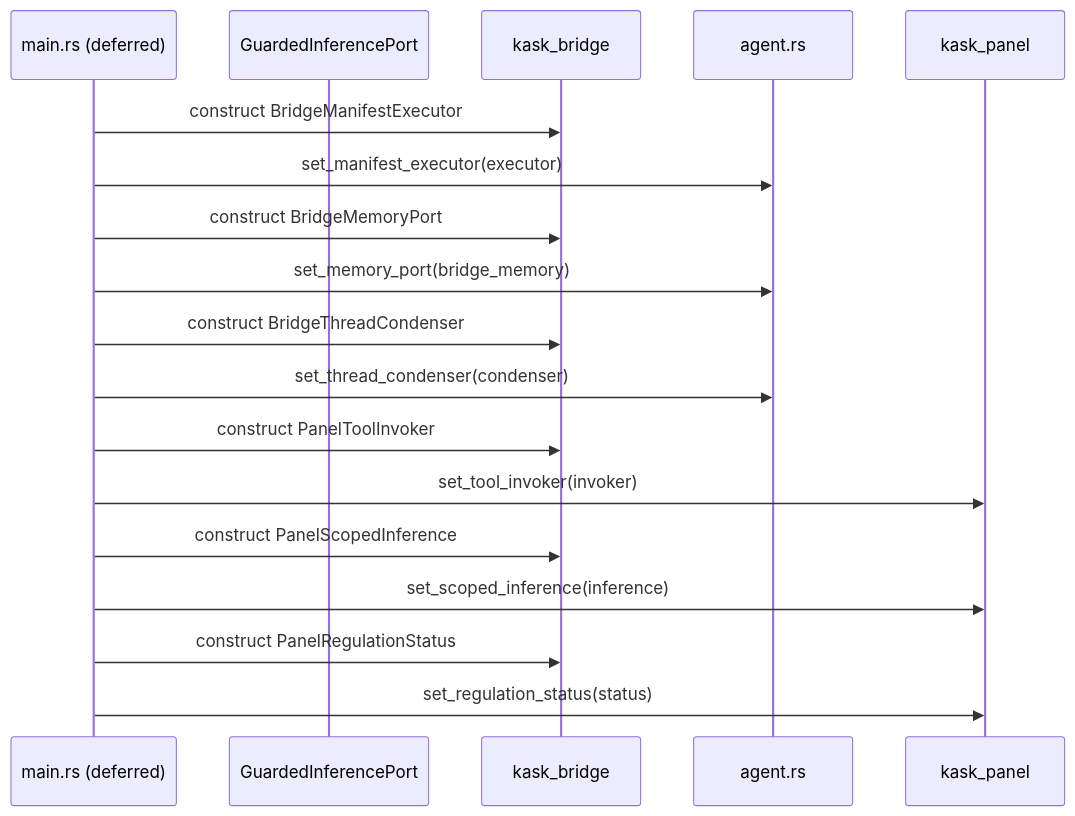
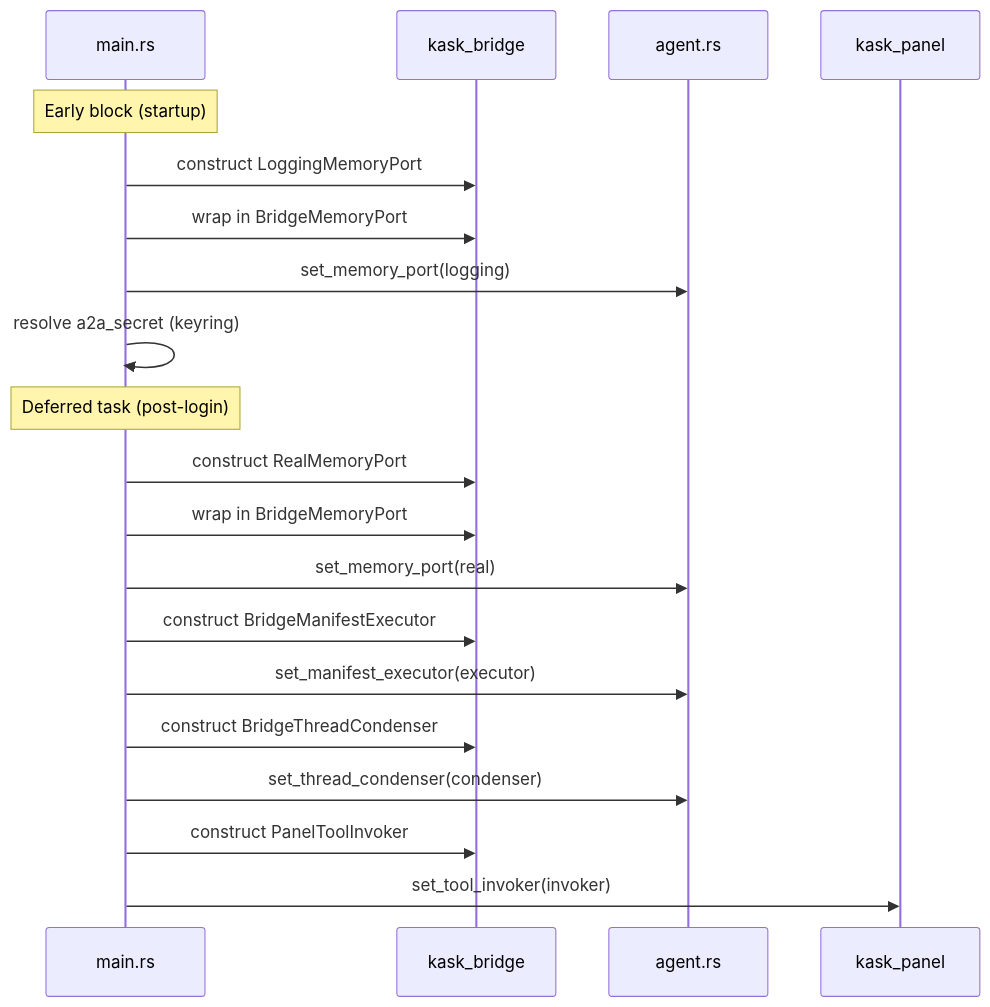
The diagram in kask/docs/diataxis/kask_bridge/explanation.md (mdz-axo/zed-kask), drawn with Mermaid before and after one commit. The commit also changed other lines of this file and 33 other files, not shown here.

````diff
--- a/kask/docs/diataxis/kask_bridge/explanation.md
+++ b/kask/docs/diataxis/kask_bridge/explanation.md
@@ -42,21 +47,24 @@
 ```mermaid
 sequenceDiagram
-    participant Main as main.rs (deferred)
-    participant Guard as GuardedInferencePort
+    participant Main as main.rs
     participant Bridge as kask_bridge
     participant Agent as agent.rs
     participant Panel as kask_panel
 
+    Note over Main: Early block (startup)
+    Main->>Bridge: construct LoggingMemoryPort
+    Main->>Bridge: wrap in BridgeMemoryPort
+    Main->>Agent: set_memory_port(logging)
+    Main->>Main: resolve a2a_secret (keyring)
+
+    Note over Main: Deferred task (post-login)
+    Main->>Bridge: construct RealMemoryPort
+    Main->>Bridge: wrap in BridgeMemoryPort
+    Main->>Agent: set_memory_port(real)
     Main->>Bridge: construct BridgeManifestExecutor
     Main->>Agent: set_manifest_executor(executor)
-    Main->>Bridge: construct BridgeMemoryPort
-    Main->>Agent: set_memory_port(bridge_memory)
     Main->>Bridge: construct BridgeThreadCondenser
     Main->>Agent: set_thread_condenser(condenser)
     Main->>Bridge: construct PanelToolInvoker
     Main->>Panel: set_tool_invoker(invoker)
-    Main->>Bridge: construct PanelScopedInference
-    Main->>Panel: set_scoped_inference(inference)
-    Main->>Bridge: construct PanelRegulationStatus
-    Main->>Panel: set_regulation_status(status)
 ```
````
